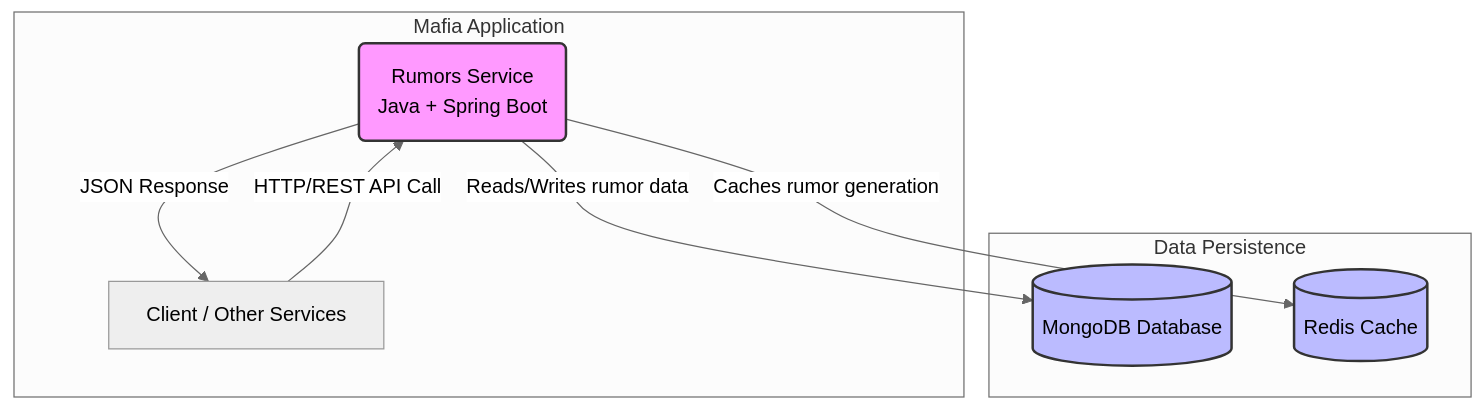
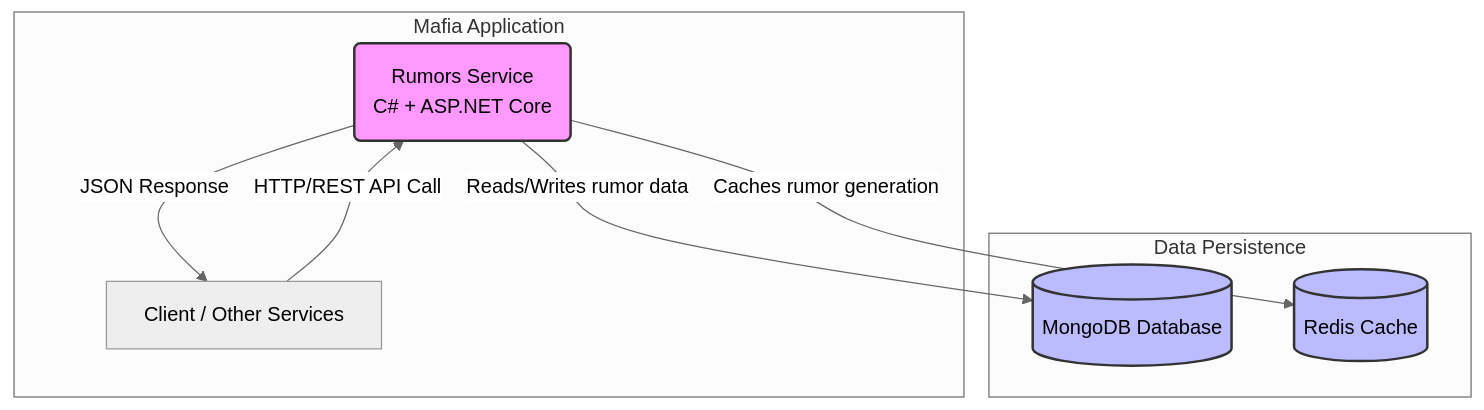
The third of 4 diagrams in README.md (Flexksx/distributed_mafia_platform), drawn with Mermaid (neutral theme) before and after one commit. The commit also changed other lines of this file, not shown here.

Commit message:
updated Rumors and Communication services to C# tech stack

````diff
--- a/README.md
+++ b/README.md
@@ -307,22 +307,22 @@
 ```mermaid
 ---
 config:
   layout: dagre
 ---
 flowchart TD
  subgraph subGraph0["Mafia Application"]
-        B("Rumors Service <br> Java + Spring Boot")
+        B("Rumors Service <br> C# + ASP.NET Core")
         A["Client / Other Services"]
   end
  subgraph subGraph2["Data Persistence"]
         D[("MongoDB Database")]
         E[("Redis Cache")]
   end
     A -- HTTP/REST API Call --> B
     B -- JSON Response --> A
     B -- Reads/Writes rumor data --> D
     B -- Caches rumor generation --> E
     style B fill:#f9f,stroke:#333,stroke-width:2px
     style D fill:#bbf,stroke:#333,stroke-width:2px
     style E fill:#bbf,stroke:#333,stroke-width:2px
 ```
````
